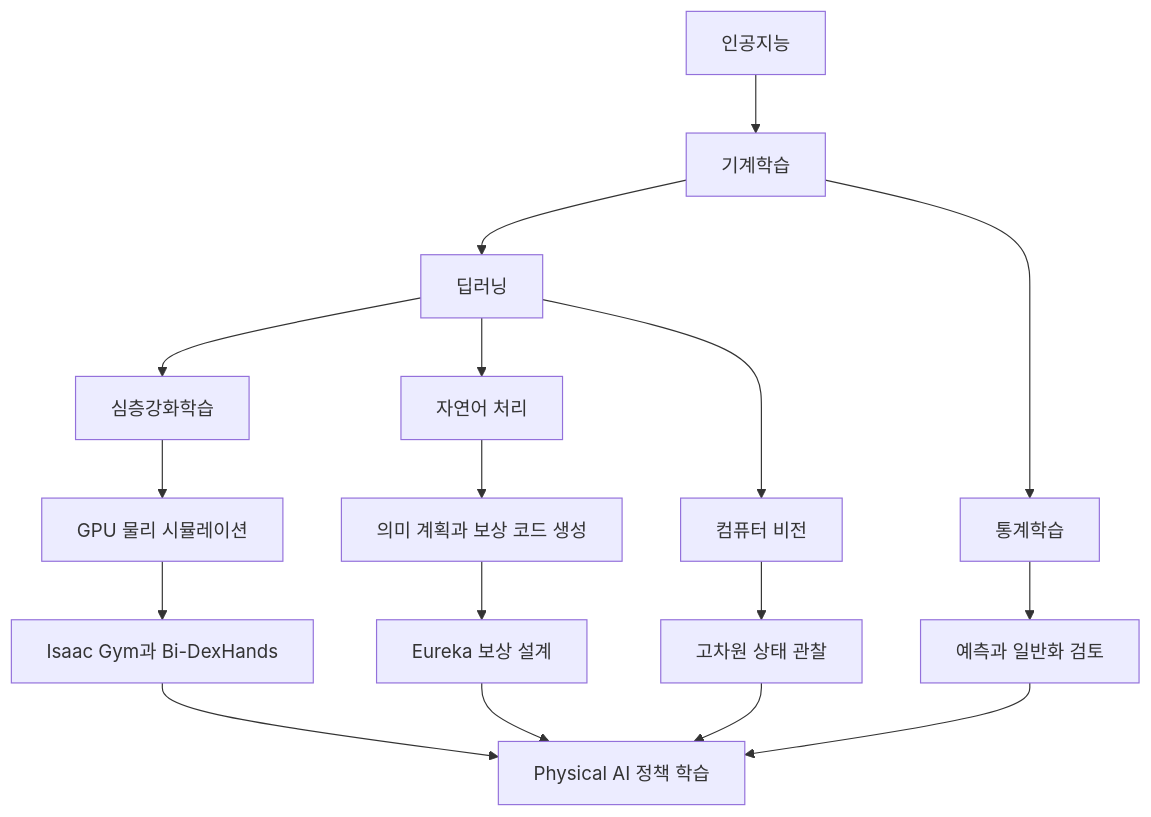
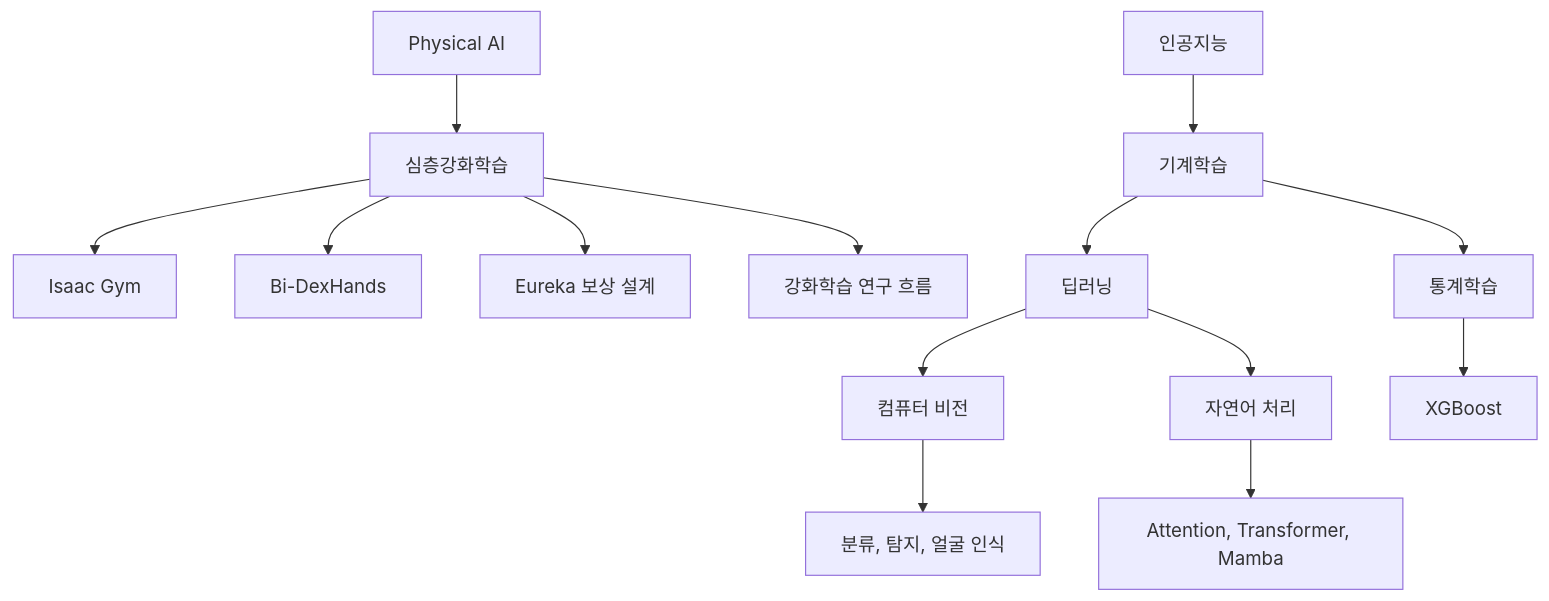
The diagram in ComputerScience/03_ai-ml-data/generative-ai-fine-tuning/notes/72. 강화학습과 생성 설계의 기초.md (umyunsang/edu), drawn with Mermaid before and after one commit. The commit also changed other lines of this file and 1 other file, not shown here.

````diff
--- a/ComputerScience/03_ai-ml-data/generative-ai-fine-tuning/notes/72. 강화학습과 생성 설계의 기초.md
+++ b/ComputerScience/03_ai-ml-data/generative-ai-fine-tuning/notes/72. 강화학습과 생성 설계의 기초.md
@@ -27,19 +27,16 @@
 ```mermaid
 flowchart TB
-    A["인공지능"] --> B["기계학습"]
-    B --> C["딥러닝"]
-    C --> D["컴퓨터 비전"]
-    C --> E["자연어 처리"]
-    B --> F["통계학습"]
-    C --> G["심층강화학습"]
-    D --> H["고차원 상태 관찰"]
-    E --> I["의미 계획과 보상 코드 생성"]
-    F --> J["예측과 일반화 검토"]
-    G --> K["GPU 물리 시뮬레이션"]
-    K --> L["Isaac Gym과 Bi-DexHands"]
-    I --> M["Eureka 보상 설계"]
-    L --> N["Physical AI 정책 학습"]
-    M --> N
-    H --> N
-    J --> N
+    A["Physical AI"] --> B["심층강화학습"]
+    B --> C["Isaac Gym"]
+    B --> D["Bi-DexHands"]
+    B --> E["Eureka 보상 설계"]
+    B --> F["강화학습 연구 흐름"]
+    G["인공지능"] --> H["기계학습"]
+    H --> I["딥러닝"]
+    I --> J["컴퓨터 비전"]
+    I --> K["자연어 처리"]
+    H --> L["통계학습"]
+    L --> M["XGBoost"]
+    J --> N["분류, 탐지, 얼굴 인식"]
+    K --> O["Attention, Transformer, Mamba"]
 ```
````
